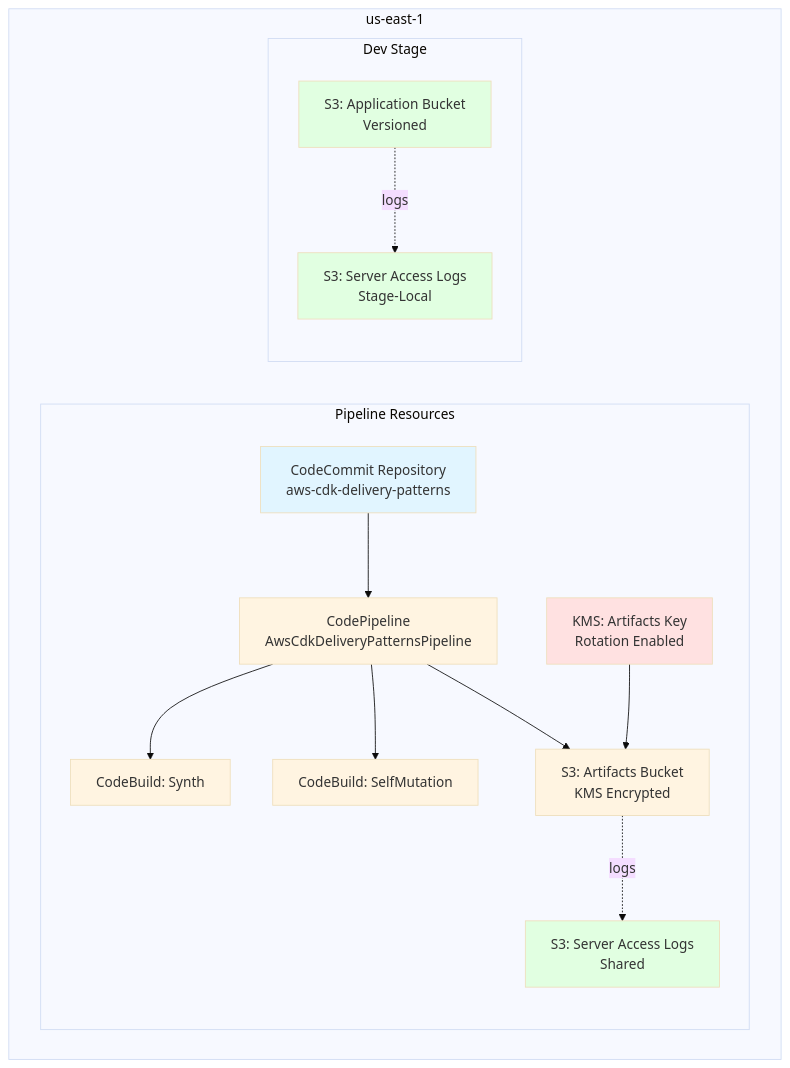
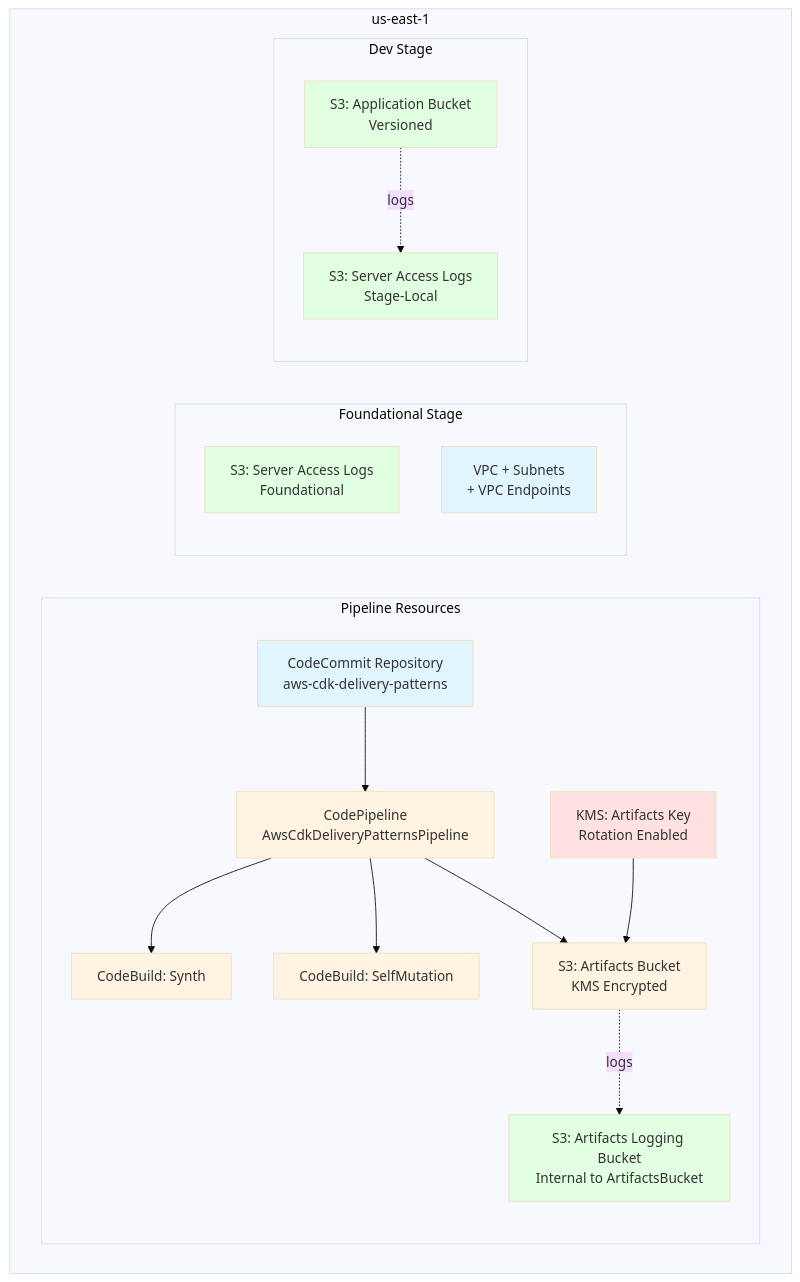
The ninth of 9 diagrams in docs/diagrams.md (tramaine-codes/aws-cdk-delivery-patterns), drawn with Mermaid (base theme) before and after one commit. The commit also changed other lines of this file and 15 other files, not shown here.

First line of the commit message:
refactor: move foundational stacks into pipeline-managed stage

````diff
--- a/docs/diagrams.md
+++ b/docs/diagrams.md
@@ -206,37 +238,44 @@
 ```mermaid
 graph TB
     subgraph "us-east-1"
         subgraph "Pipeline Resources"
             CC[CodeCommit Repository<br/>aws-cdk-delivery-patterns]
             CP[CodePipeline<br/>AwsCdkDeliveryPatternsPipeline]
             CB1[CodeBuild: Synth]
             CB2[CodeBuild: SelfMutation]
             AB[S3: Artifacts Bucket<br/>KMS Encrypted]
             AK[KMS: Artifacts Key<br/>Rotation Enabled]
-            SL1[S3: Server Access Logs<br/>Shared]
+            AL[S3: Artifacts Logging Bucket<br/>Internal to ArtifactsBucket]
         end
-        
+
+        subgraph "Foundational Stage"
+            SL1[S3: Server Access Logs<br/>Foundational]
+            VPC[VPC + Subnets<br/>+ VPC Endpoints]
+        end
+
         subgraph "Dev Stage"
             SL2[S3: Server Access Logs<br/>Stage-Local]
             APP[S3: Application Bucket<br/>Versioned]
         end
     end
-    
+
     CC --> CP
     CP --> CB1
     CP --> CB2
     CP --> AB
     AK --> AB
-    AB -.->|logs| SL1
+    AB -.->|logs| AL
     APP -.->|logs| SL2
-    
+
     style CC fill:#e1f5ff
     style CP fill:#fff4e1
     style CB1 fill:#fff4e1
     style CB2 fill:#fff4e1
     style AB fill:#fff4e1
     style AK fill:#ffe1e1
+    style AL fill:#e1ffe1
     style SL1 fill:#e1ffe1
+    style VPC fill:#e1f5ff
     style SL2 fill:#e1ffe1
     style APP fill:#e1ffe1
 ```
````
